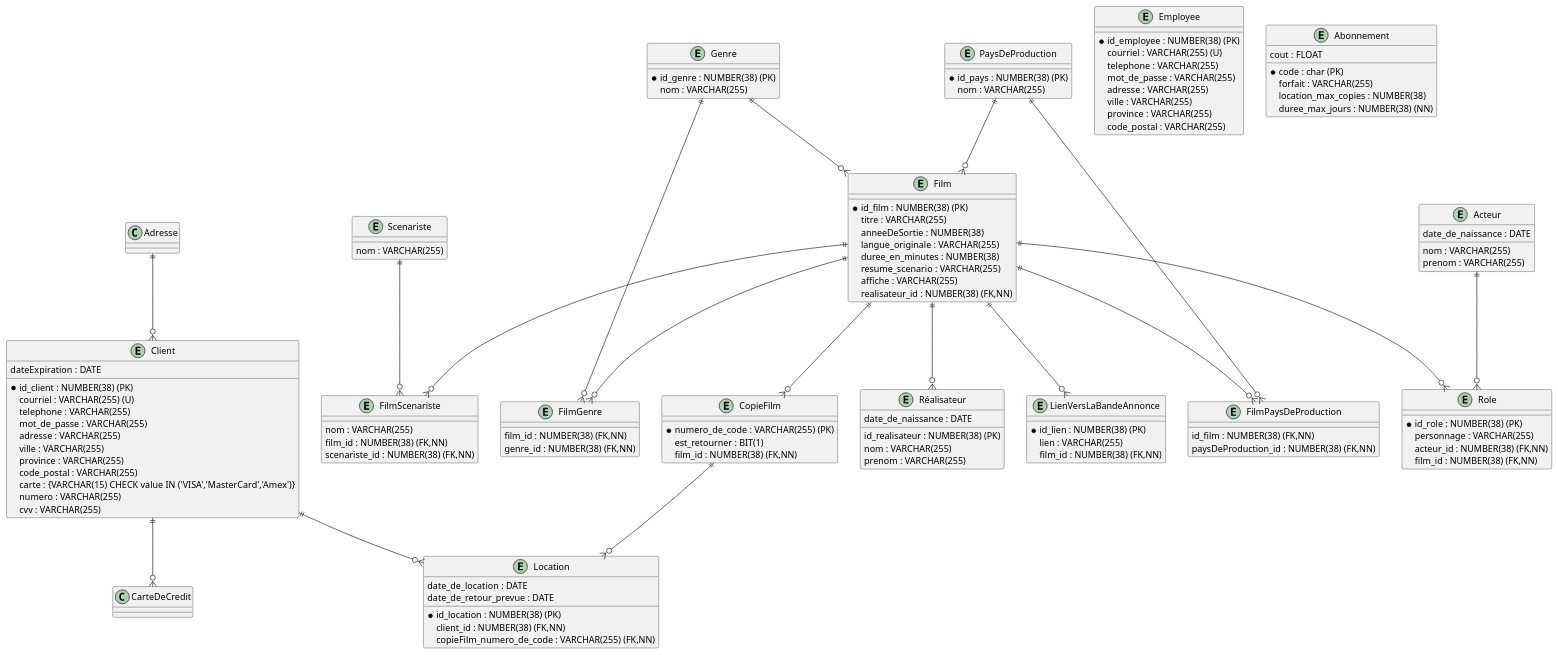
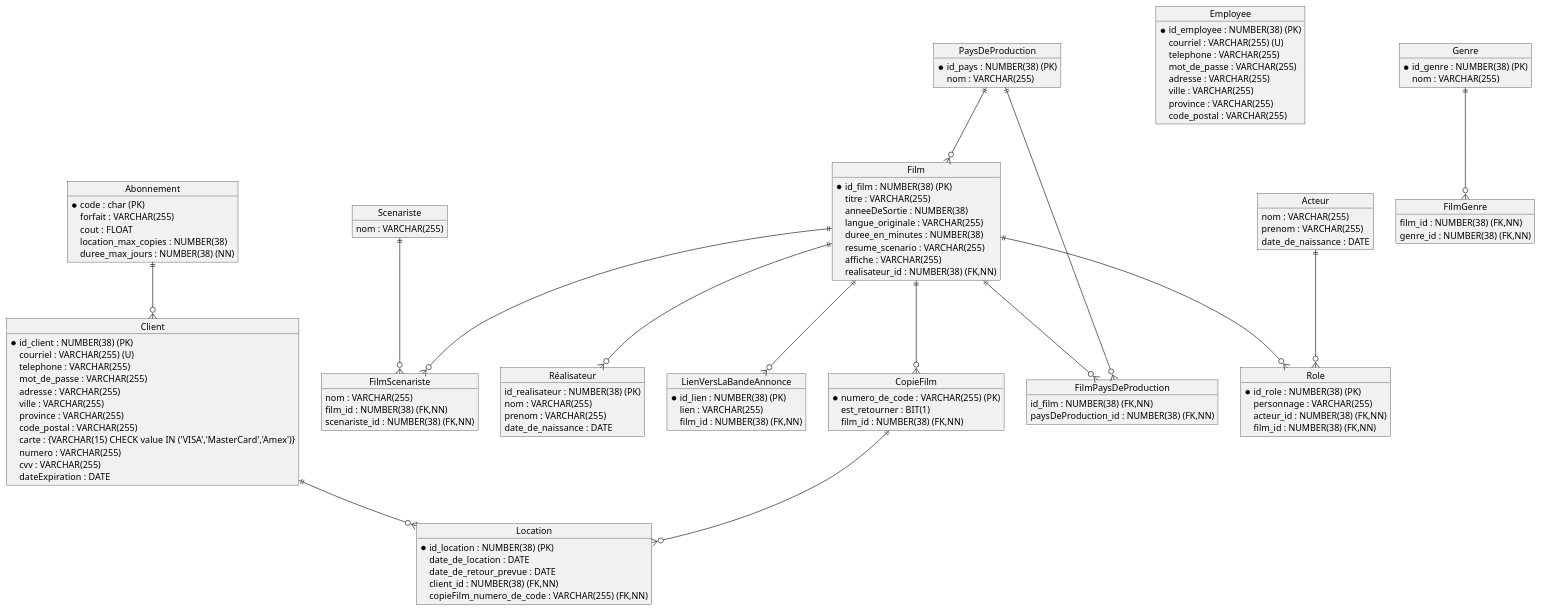
Before and after one commit to samihanine/log660-labo1: the diagram in tache1.puml, drawn with PlantUML.

Commit message:
refactor: Update UML class diagram for movie rental system

```diff
--- a/tache1.puml
+++ b/tache1.puml
@@ -1,134 +1,131 @@
 @startuml
-entity "Client" as Client {
+object "Client" as Client {
   *id_client : NUMBER(38) (PK)
   courriel : VARCHAR(255) (U)
   telephone : VARCHAR(255)
   mot_de_passe : VARCHAR(255)
   adresse : VARCHAR(255)
   ville : VARCHAR(255)
   province : VARCHAR(255)
   code_postal : VARCHAR(255)
   carte : {VARCHAR(15) CHECK value IN ('VISA','MasterCard','Amex')}
   numero : VARCHAR(255)
   cvv : VARCHAR(255)
   dateExpiration : DATE
 }
 
-entity "Employee" as Employee {
+object "Employee" as Employee {
   *id_employee : NUMBER(38) (PK)
   courriel : VARCHAR(255) (U)
   telephone : VARCHAR(255)
   mot_de_passe : VARCHAR(255)
   adresse : VARCHAR(255)
   ville : VARCHAR(255)
   province : VARCHAR(255)
   code_postal : VARCHAR(255)
 }
 
-entity "Abonnement" as Abonnement {
+object "Abonnement" as Abonnement {
   *code : char (PK)
   forfait : VARCHAR(255)
   cout : FLOAT
   location_max_copies : NUMBER(38)
   duree_max_jours : NUMBER(38) (NN)
 }
 
-entity "Film" as Film {
+object "Film" as Film {
   *id_film : NUMBER(38) (PK)
   titre : VARCHAR(255)
   anneeDeSortie : NUMBER(38)
   langue_originale : VARCHAR(255)
   duree_en_minutes : NUMBER(38)
   resume_scenario : VARCHAR(255)
   affiche : VARCHAR(255)
   realisateur_id : NUMBER(38) (FK,NN)
 }
 
-entity "FilmScenariste" as FilmScenariste {
+object "FilmScenariste" as FilmScenariste {
   nom : VARCHAR(255)
   film_id : NUMBER(38) (FK,NN)
   scenariste_id : NUMBER(38) (FK,NN)
 }
 
-entity "Scenariste" as Scenariste {
+object "Scenariste" as Scenariste {
   nom : VARCHAR(255)
 }
 
-entity "FilmGenre" as FilmGenre {
+object "FilmGenre" as FilmGenre {
   film_id : NUMBER(38) (FK,NN)
   genre_id : NUMBER(38) (FK,NN)
 }
 
-entity "Genre" as Genre {
+object "Genre" as Genre {
   *id_genre : NUMBER(38) (PK)
   nom : VARCHAR(255)
 }
 
-entity "Acteur" as Acteur {
+object "Acteur" as Acteur {
   nom : VARCHAR(255)
   prenom : VARCHAR(255)
   date_de_naissance : DATE
 }
 
-entity "FilmPaysDeProduction" as FilmPaysDeProduction {
+object "FilmPaysDeProduction" as FilmPaysDeProduction {
   id_film : NUMBER(38) (FK,NN)
   paysDeProduction_id : NUMBER(38) (FK,NN)
 }
 
-entity "PaysDeProduction" as PaysDeProduction {
+object "PaysDeProduction" as PaysDeProduction {
   *id_pays : NUMBER(38) (PK)
   nom : VARCHAR(255)
 }
 
-entity "Role" as Role {
+object "Role" as Role {
   *id_role : NUMBER(38) (PK)
   personnage : VARCHAR(255)
   acteur_id : NUMBER(38) (FK,NN)
   film_id : NUMBER(38) (FK,NN)
 }
 
-entity "Réalisateur" as Réalisateur {
+object "Réalisateur" as Réalisateur {
   id_realisateur : NUMBER(38) (PK)
   nom : VARCHAR(255)
   prenom : VARCHAR(255)
   date_de_naissance : DATE
 }
 
-entity "CopieFilm" as CopieFilm {
+object "CopieFilm" as CopieFilm {
   *numero_de_code : VARCHAR(255) (PK)
   est_retourner : BIT(1) 
   film_id : NUMBER(38) (FK,NN)
 }
 
-entity "Location" as Location {
+object "Location" as Location {
   *id_location : NUMBER(38) (PK)
   date_de_location : DATE
   date_de_retour_prevue : DATE
   client_id : NUMBER(38) (FK,NN)
   copieFilm_numero_de_code : VARCHAR(255) (FK,NN)
 }
 
-entity "LienVersLaBandeAnnonce" as LienVersLaBandeAnnonce {
+object "LienVersLaBandeAnnonce" as LienVersLaBandeAnnonce {
   *id_lien : NUMBER(38) (PK)
   lien : VARCHAR(255)
   film_id : NUMBER(38) (FK,NN)
 }
 
-Adresse ||--o{ Client
-Client ||--o{ CarteDeCredit
 Client ||--o{ Location
 Film ||--o{ Role
 Film ||--o{ Réalisateur
 Film ||--o{ CopieFilm
-Genre ||--o{ Film
 CopieFilm ||--o{ Location
 Acteur ||--o{ Role
 PaysDeProduction ||--o{ Film
 Film ||--o{ LienVersLaBandeAnnonce
 Film ||--o{ FilmScenariste
 Scenariste ||--o{ FilmScenariste
-Film ||--o{ FilmGenre
 Genre ||--o{ FilmGenre
 Film ||--o{ FilmPaysDeProduction
 PaysDeProduction ||--o{ FilmPaysDeProduction
+Abonnement ||--o{ Client
 @enduml
```
